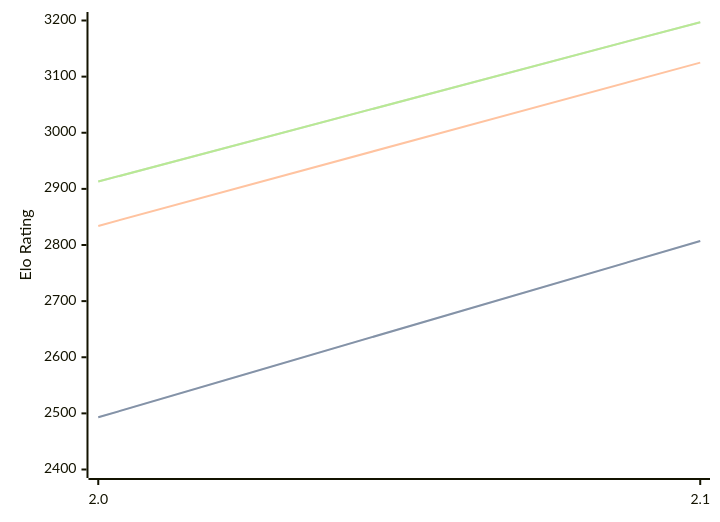
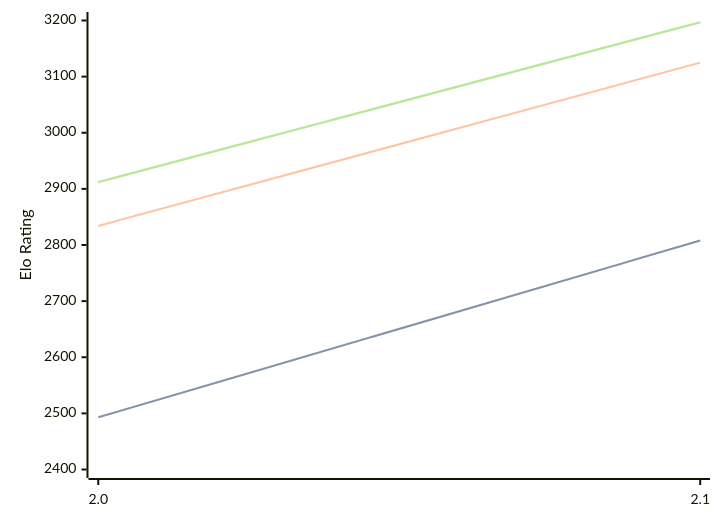
Before and after one commit to computer-chess-index/cci: the diagram in engines/Tunguska.md, drawn with Mermaid. The commit also changed other lines of this file, not shown here.

Commit message:
Update CCI Ratings (ELO VLTC) - 2026-06-10

````diff
--- a/engines/Tunguska.md
+++ b/engines/Tunguska.md
@@ -32,11 +32,11 @@
 ```mermaid
 %%{init: {"theme":"base","themeVariables":{"seriesColors:['#a3a3a3','#222221','#faa371']}}}%%
 xychart-beta
   x-axis ["2.0", "2.1"]
   y-axis "Elo Rating" 2400 --> 3200
-  line "STC (8.0+0.08s)" [2493, 2807]
-  line "STC (8.0+0.08s)" [2493, 2807]
+  line "STC (8.0+0.08s)" [2493, 2808]
+  line "STC (8.0+0.08s)" [2493, 2808]
   line "LTC (60.0+0.60s)" [2834, 3125]
-  line "VLTC (2m24s+1.12s)" [2913, 3197]
-  line "VLTC (2m24s+1.12s)" [2913, 3197]
+  line "VLTC (2m24s+1.12s)" [2912, 3197]
+  line "VLTC (2m24s+1.12s)" [2912, 3197]
 ```
````
